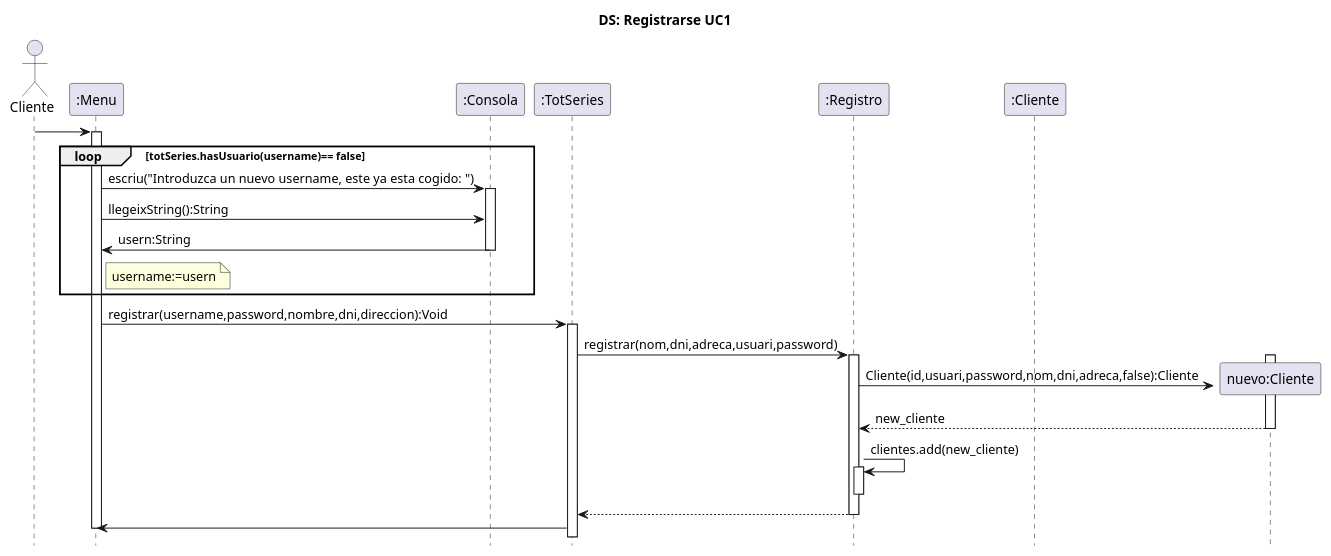
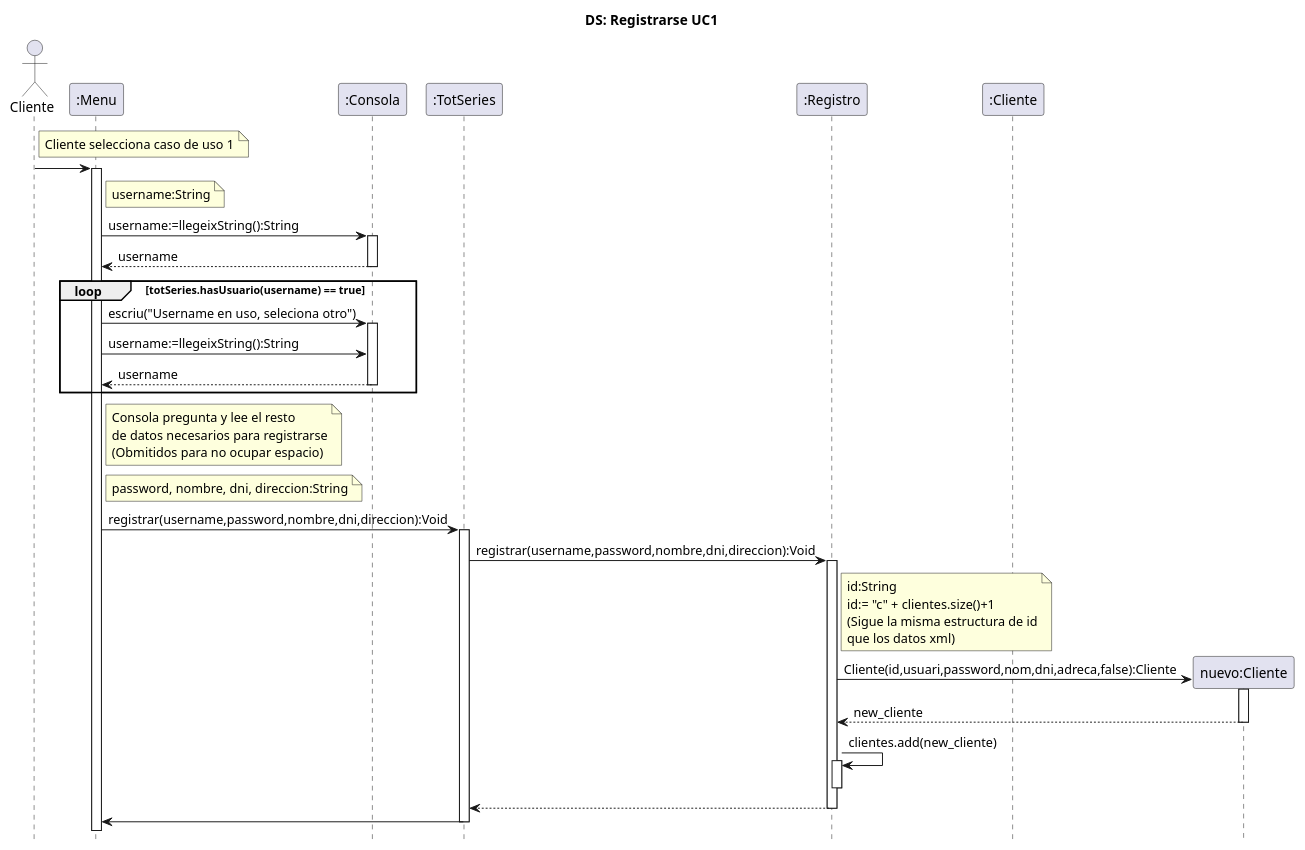
Before and after one commit to MrViciao/TotSeries: the diagram in src/totseries/Uml/Secuencia/Diagrama de Secuencia Uc1.puml, drawn with PlantUML. The commit also changed 8 other files, not shown here.

Commit message:
Cambios en codigo y diagramas y espero no cagarla

```diff
--- a/src/totseries/Uml/Secuencia/Diagrama de Secuencia Uc1.puml
+++ b/src/totseries/Uml/Secuencia/Diagrama de Secuencia Uc1.puml
@@ -1,41 +1,69 @@
 @startuml
 title	DS: Registrarse UC1
 hide	footbox
 
 actor Cliente
 participant ":Menu" as Menu
 participant ":Consola" as Consola
 participant ":TotSeries" as TotSeries
 participant ":Registro" as Registro
 participant ":Cliente" as Usuario
 participant "nuevo:Cliente" as nUsuario
 
+note right Cliente
+        Cliente selecciona caso de uso 1
+    end note
 Cliente -> Menu
+
 activate Menu
-loop totSeries.hasUsuario(username)== false
-    Menu->Consola:escriu("Introduzca un nuevo username, este ya esta cogido: ")
+    note right Menu
+        username:String
+    end note
+    
+    Menu->Consola:username:=llegeixString():String
     activate Consola
-    Menu->Consola:llegeixString():String
-    Consola->Menu:usern:String
+    Consola-->Menu:username
     deactivate Consola
-    note right Menu
-        username:=usern
+loop totSeries.hasUsuario(username) == true
+    Menu->Consola:escriu("Username en uso, seleciona otro")
+    activate Consola
+    Menu->Consola:username:=llegeixString():String
+    Consola-->Menu:username
+    deactivate Consola
+end loop
+
+note right Menu
+        Consola pregunta y lee el resto
+        de datos necesarios para registrarse
+        (Obmitidos para no ocupar espacio)
     end note
-end loop
+
+note right Menu
+        password, nombre, dni, direccion:String
+    end note
+
 Menu -> TotSeries:registrar(username,password,nombre,dni,direccion):Void
 activate TotSeries
-TotSeries -> Registro:registrar(nom,dni,adreca,usuari,password)
+TotSeries -> Registro:registrar(username,password,nombre,dni,direccion):Void
 activate Registro
+note right Registro
+        id:String
+        id:= "c" + clientes.size()+1
+        (Sigue la misma estructura de id
+        que los datos xml)
+    end note
 create nUsuario
+
+Registro -> nUsuario:Cliente(id,usuari,password,nom,dni,adreca,false):Cliente
 activate nUsuario
-Registro -> nUsuario:Cliente(id,usuari,password,nom,dni,adreca,false):Cliente
 nUsuario --> Registro: new_cliente
 deactivate nUsuario
 Registro -> Registro: clientes.add(new_cliente)
 activate Registro
 deactivate Registro
 Registro --> TotSeries
 deactivate Registro
 TotSeries->Menu
-deactivate Menu
+deactivate TotSeries
+
 @enduml
```
